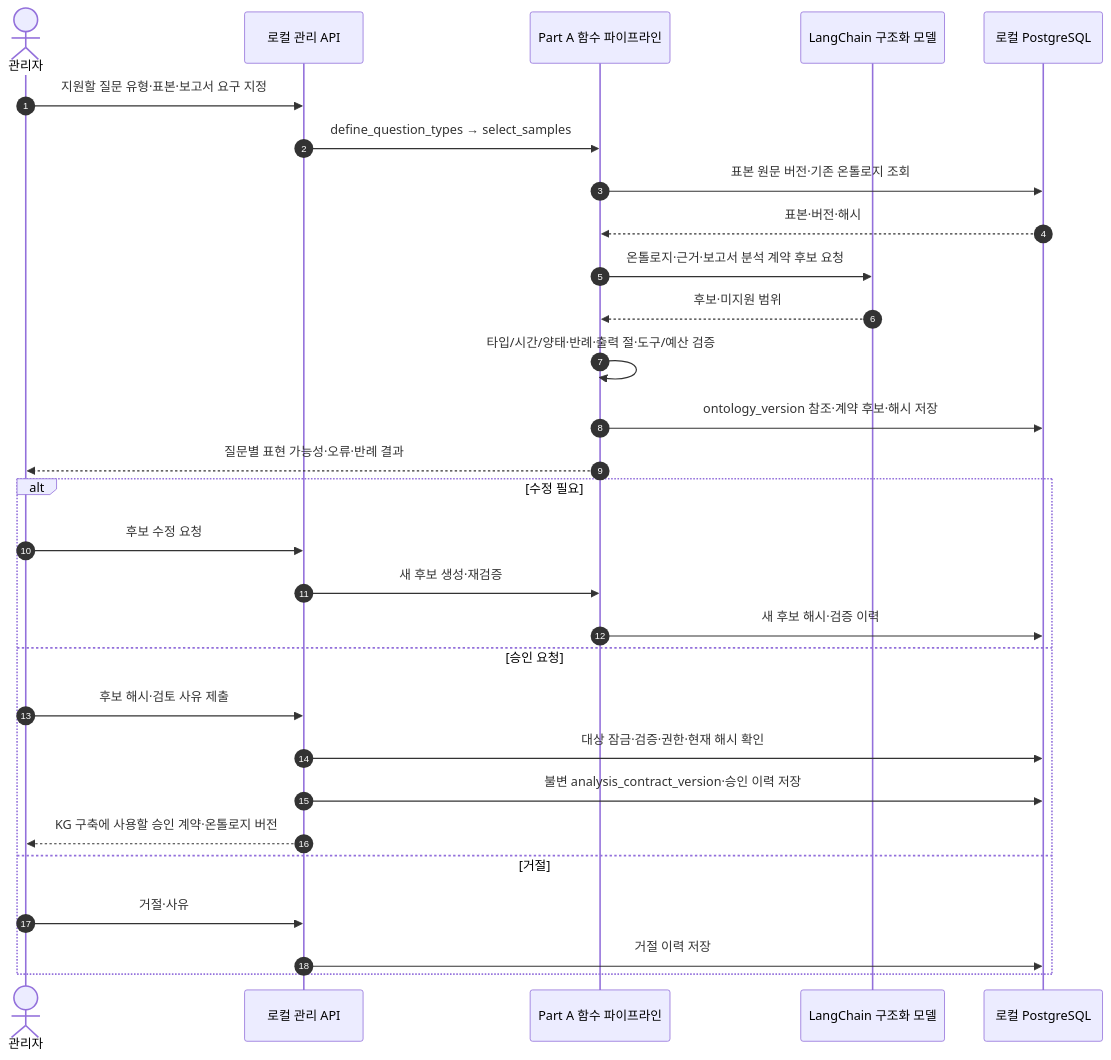
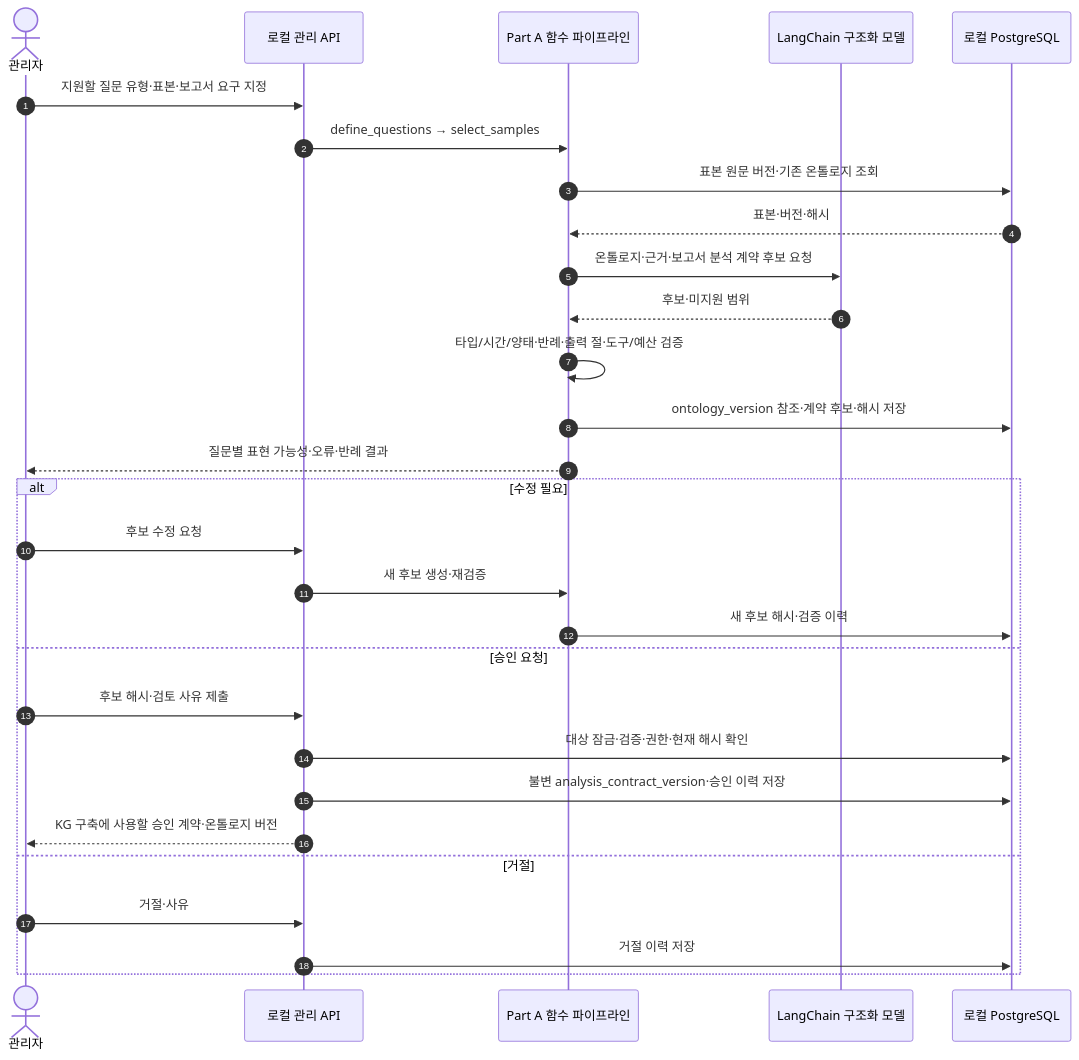
The third of 17 diagrams in docs/sequences.md (mykim711231/NewsContext), drawn with Mermaid before and after one commit. The commit also changed other lines of this file and 4 other files, not shown here.

First line of the commit message:
docs: canonical step names, single-transaction graph write, pre-reset dump

````diff
--- a/docs/sequences.md
+++ b/docs/sequences.md
@@ -102,31 +102,31 @@
 ```mermaid
 sequenceDiagram
     autonumber
     actor Admin as 관리자
     participant API as 로컬 관리 API
     participant A as Part A 함수 파이프라인
     participant Model as LangChain 구조화 모델
     participant DB as 로컬 PostgreSQL
     Admin->>API: 지원할 질문 유형·표본·보고서 요구 지정
-    API->>A: define_question_types → select_samples
+    API->>A: define_questions → select_samples
     A->>DB: 표본 원문 버전·기존 온톨로지 조회
     DB-->>A: 표본·버전·해시
     A->>Model: 온톨로지·근거·보고서 분석 계약 후보 요청
     Model-->>A: 후보·미지원 범위
     A->>A: 타입/시간/양태·반례·출력 절·도구/예산 검증
     A->>DB: ontology_version 참조·계약 후보·해시 저장
     A-->>Admin: 질문별 표현 가능성·오류·반례 결과
     alt 수정 필요
         Admin->>API: 후보 수정 요청
         API->>A: 새 후보 생성·재검증
         A->>DB: 새 후보 해시·검증 이력
     else 승인 요청
         Admin->>API: 후보 해시·검토 사유 제출
         API->>DB: 대상 잠금·검증·권한·현재 해시 확인
         API->>DB: 불변 analysis_contract_version·승인 이력 저장
         API-->>Admin: KG 구축에 사용할 승인 계약·온톨로지 버전
     else 거절
         Admin->>API: 거절·사유
         API->>DB: 거절 이력 저장
     end
 ```
````
